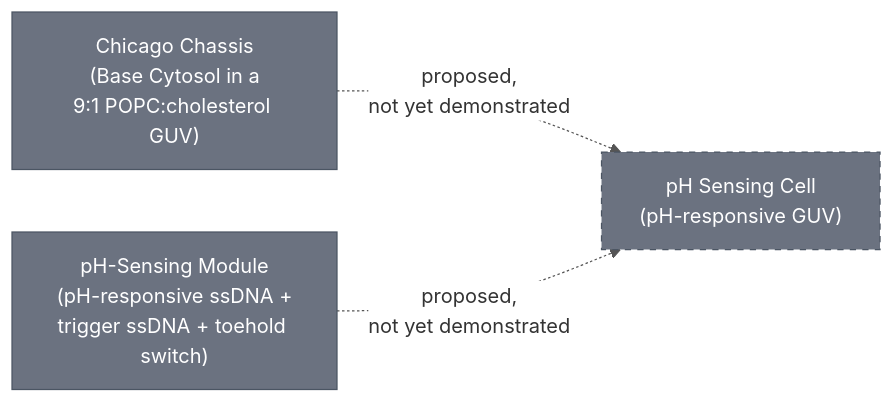
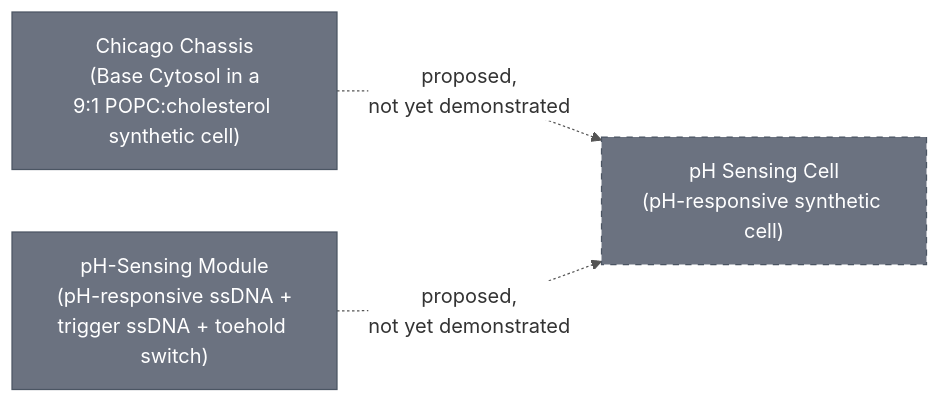
The diagram in docs/modules/ph-sensing-cell/spec.md (nucleus-eng/nucleus-docs), drawn with Mermaid before and after one commit. The commit also changed other lines of this file and 34 other files, not shown here.

````diff
--- a/docs/modules/ph-sensing-cell/spec.md
+++ b/docs/modules/ph-sensing-cell/spec.md
@@ -24,14 +24,14 @@
 ```{mermaid}
 %%{init: {'theme': 'base', 'themeVariables': {'lineColor': '#555555', 'edgeLabelBackground': '#ffffff'}}}%%
 flowchart LR
-    Chassis["Chicago Chassis<br/>(Base Cytosol in a<br/>9:1 POPC:cholesterol GUV)"]
+    Chassis["Chicago Chassis<br/>(Base Cytosol in a<br/>9:1 POPC:cholesterol synthetic cell)"]
     Circuit["pH-Sensing Module<br/>(pH-responsive ssDNA +<br/>trigger ssDNA + toehold switch)"]
-    Chassis & Circuit -.->|"proposed,<br/>not yet demonstrated"| Cell["pH Sensing Cell<br/>(pH-responsive GUV)"]
+    Chassis & Circuit -.->|"proposed,<br/>not yet demonstrated"| Cell["pH Sensing Cell<br/>(pH-responsive synthetic cell)"]
 
     style Chassis fill:#6B7280,color:#ffffff,stroke:#4B5563
     style Circuit fill:#6B7280,color:#ffffff,stroke:#4B5563
     style Cell fill:#6B7280,color:#ffffff,stroke:#4B5563,stroke-dasharray: 5 5
 
     click Chassis "/docs/modules/chicago-chassis/spec"
     click Circuit "/docs/modules/detector-ph/spec"
 ```
````
